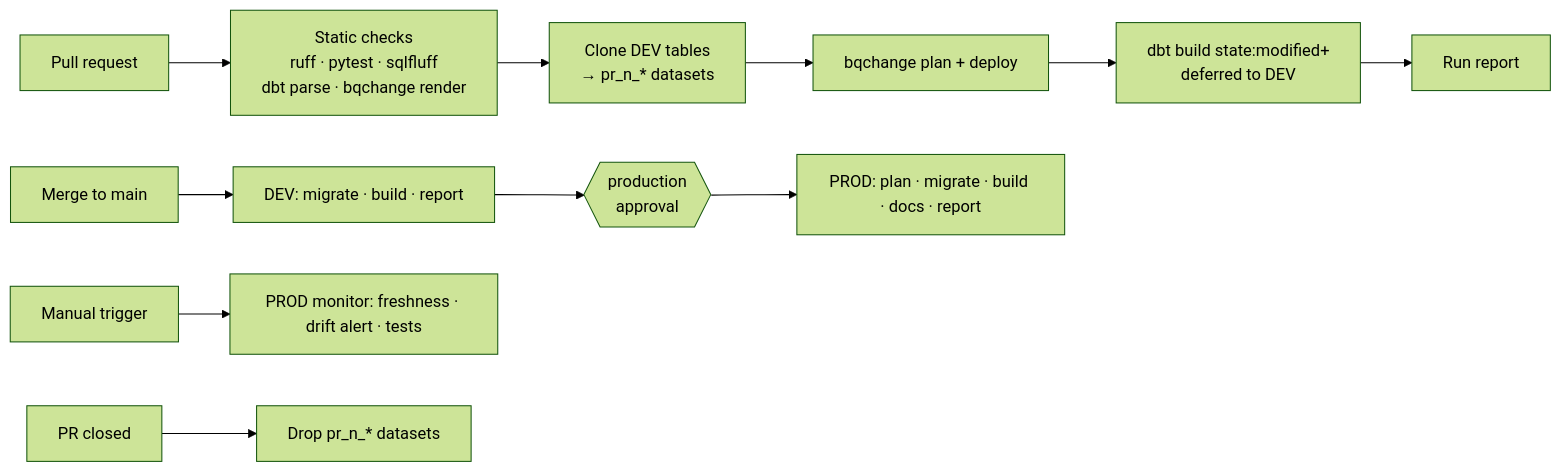
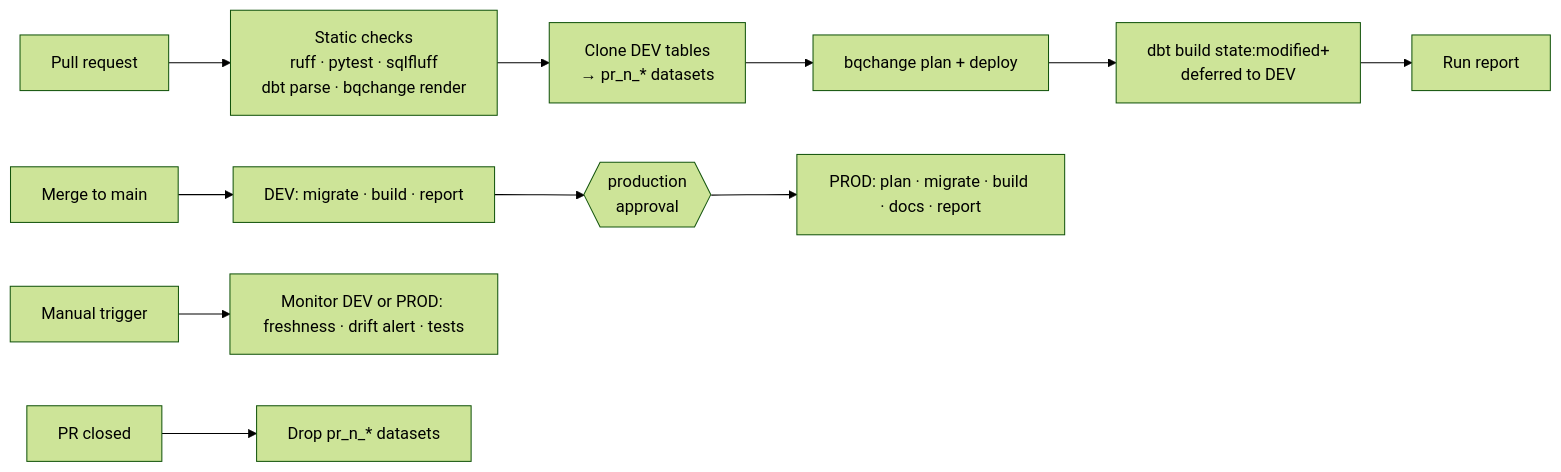
One commit to flaviobrito/bigquery-schemachange changed the second of 2 diagrams in README.md. Above: the diagram before and after it, drawn with Mermaid (forest theme). The commit also changed other lines of this file and 2 other files, not shown here.

````diff
--- a/README.md
+++ b/README.md
@@ -317,13 +317,13 @@
 ```mermaid
 flowchart LR
     PR[Pull request] --> SC[Static checks<br/>ruff · pytest · sqlfluff<br/>dbt parse · bqchange render]
     SC --> CL[Clone DEV tables<br/>→ pr_n_* datasets]
     CL --> MIG[bqchange plan + deploy]
     MIG --> BUILD[dbt build state:modified+<br/>deferred to DEV]
     BUILD --> REP[Run report]
     MERGE[Merge to main] --> DEV[DEV: migrate · build · report]
     DEV --> GATE{{production<br/>approval}}
     GATE --> PROD[PROD: plan · migrate · build · docs · report]
-    MANUAL[Manual trigger] --> MON[PROD monitor: freshness · drift alert · tests]
+    MANUAL[Manual trigger] --> MON[Monitor DEV or PROD: freshness · drift alert · tests]
     CLOSE[PR closed] --> DROP[Drop pr_n_* datasets]
 ```
````
